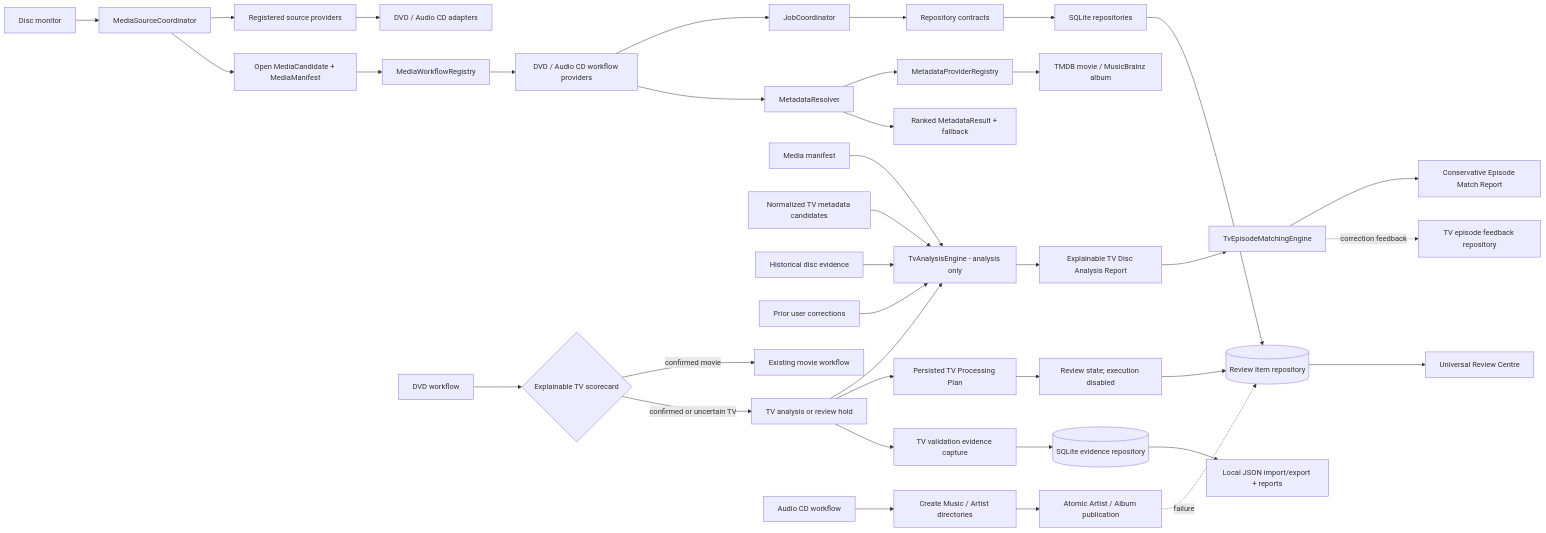
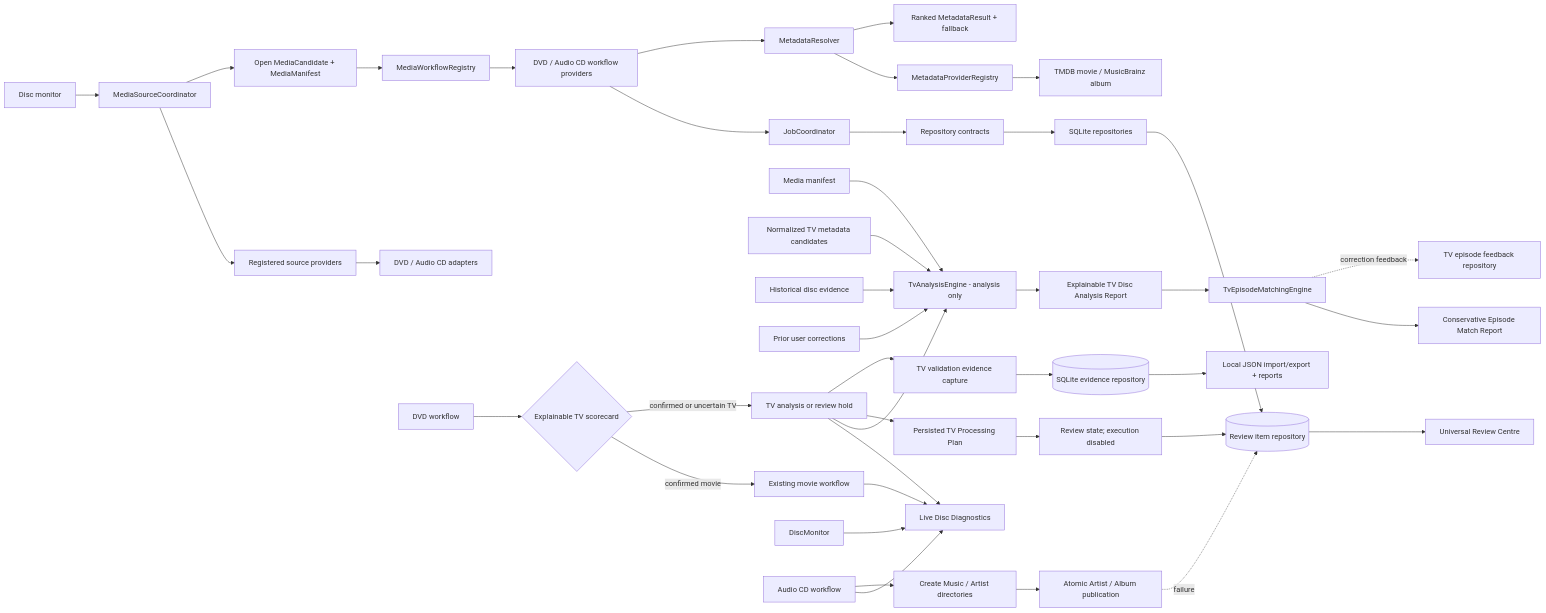
The diagram in docs/V2-ARCHITECTURE.md (nick709r/DVDTOJELLYFIN), drawn with Mermaid before and after one commit. The commit also changed other lines of this file and 29 other files, not shown here.

First line of the commit message:
feat: add live disc diagnostics for v1.12.0

````diff
--- a/docs/V2-ARCHITECTURE.md
+++ b/docs/V2-ARCHITECTURE.md
@@ -50,44 +50,48 @@
 ```mermaid
 flowchart LR
   Monitor[Disc monitor] --> SourceCoordinator[MediaSourceCoordinator]
   SourceCoordinator --> SourceRegistry[Registered source providers]
   SourceRegistry --> Sources[DVD / Audio CD adapters]
   SourceCoordinator --> Candidate[Open MediaCandidate + MediaManifest]
   Candidate --> WorkflowRegistry[MediaWorkflowRegistry]
   WorkflowRegistry --> Workflows[DVD / Audio CD workflow providers]
   Workflows --> JobCoordinator[JobCoordinator]
   JobCoordinator --> RepositoryPorts[Repository contracts]
   RepositoryPorts --> SqliteAdapters[SQLite repositories]
   SqliteAdapters --> ReviewItems[(Review item repository)]
   ReviewItems --> ReviewCentre[Universal Review Centre]
   Workflows --> MetadataResolver[MetadataResolver]
   MetadataResolver --> MetadataRegistry[MetadataProviderRegistry]
   MetadataRegistry --> MetadataProviders[TMDB movie / MusicBrainz album]
   MetadataResolver --> Ranked[Ranked MetadataResult + fallback]
   Manifest[Media manifest]
   Metadata[Normalized TV metadata candidates]
   History[Historical disc evidence]
   Corrections[Prior user corrections]
   DVD[DVD workflow]
   Manifest --> TvAnalysis[TvAnalysisEngine - analysis only]
   Metadata --> TvAnalysis
   History --> TvAnalysis
   Corrections --> TvAnalysis
   TvAnalysis --> TvReport[Explainable TV Disc Analysis Report]
   TvReport --> EpisodeMatcher[TvEpisodeMatchingEngine]
   EpisodeMatcher --> MatchReport[Conservative Episode Match Report]
   EpisodeMatcher -. correction feedback .-> FeedbackStore[TV episode feedback repository]
   DVD --> TvPrefilter{Explainable TV scorecard}
   TvPrefilter -- confirmed movie --> MovieWorkflow[Existing movie workflow]
   TvPrefilter -- confirmed or uncertain TV --> TvWorkflow[TV analysis or review hold]
+  DiscMonitor --> Diagnostics[Live Disc Diagnostics]
+  MovieWorkflow --> Diagnostics
+  TvWorkflow --> Diagnostics
+  AudioCD --> Diagnostics
   TvWorkflow --> TvAnalysis
   TvWorkflow --> Plan[Persisted TV Processing Plan]
   Plan --> Review[Review state; execution disabled]
   Review --> ReviewItems
   AudioCD[Audio CD workflow] --> MusicFolders[Create Music / Artist directories]
   MusicFolders --> AlbumPublish[Atomic Artist / Album publication]
   AlbumPublish -. failure .-> ReviewItems
   TvWorkflow --> Evidence[TV validation evidence capture]
   Evidence --> ValidationStore[(SQLite evidence repository)]
   ValidationStore --> Dataset[Local JSON import/export + reports]
 ```
````
